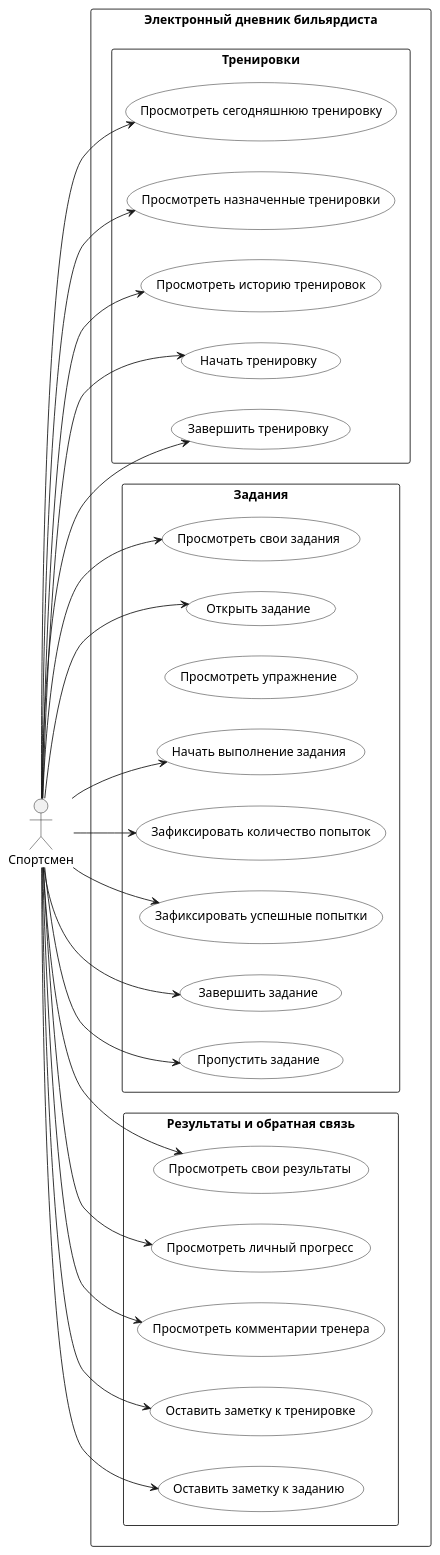
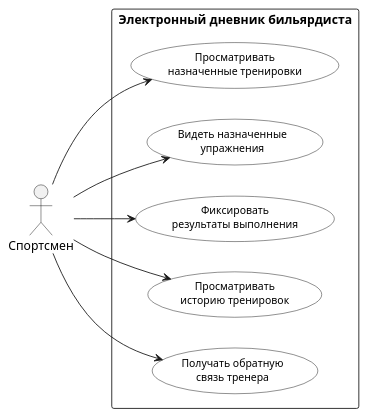
Before and after one commit to Rumuantsev/billiard-diary-documentation: the diagram in docs/diagrams/useCases/useCaseSportsmen.wsd, drawn with PlantUML. The commit also changed 12 other files, not shown here.

```diff
--- a/docs/diagrams/useCases/useCaseSportsmen.wsd
+++ b/docs/diagrams/useCases/useCaseSportsmen.wsd
@@ -1,62 +1,30 @@
 @startuml
 left to right direction
 
-skinparam packageStyle rectangle
+skinparam shadowing false
 skinparam usecase {
   BackgroundColor White
   BorderColor Black
+  FontSize 12
 }
 skinparam actor {
   BorderColor Black
 }
 
 actor "Спортсмен" as athlete
 
 rectangle "Электронный дневник бильярдиста" {
-  package "Тренировки" {
-    usecase "Просмотреть сегодняшнюю тренировку" as UC_ATHLETE_TODAY
-    usecase "Просмотреть назначенные тренировки" as UC_ATHLETE_VIEW_TRAININGS
-    usecase "Просмотреть историю тренировок" as UC_ATHLETE_HISTORY
-    usecase "Начать тренировку" as UC_ATHLETE_START_TRAINING
-    usecase "Завершить тренировку" as UC_ATHLETE_FINISH_TRAINING
-  }
-
-  package "Задания" {
-    usecase "Просмотреть свои задания" as UC_ATHLETE_VIEW_ITEMS
-    usecase "Открыть задание" as UC_ATHLETE_OPEN_ITEM
-    usecase "Просмотреть упражнение" as UC_ATHLETE_VIEW_EXERCISE
-    usecase "Начать выполнение задания" as UC_ATHLETE_START_ITEM
-    usecase "Зафиксировать количество попыток" as UC_ATHLETE_SET_ATTEMPTS
-    usecase "Зафиксировать успешные попытки" as UC_ATHLETE_SET_SUCCESSES
-    usecase "Завершить задание" as UC_ATHLETE_COMPLETE_ITEM
-    usecase "Пропустить задание" as UC_ATHLETE_SKIP_ITEM
-  }
-
-  package "Результаты и обратная связь" {
-    usecase "Просмотреть свои результаты" as UC_ATHLETE_VIEW_RESULTS
-    usecase "Просмотреть личный прогресс" as UC_ATHLETE_VIEW_PROGRESS
-    usecase "Просмотреть комментарии тренера" as UC_ATHLETE_VIEW_COMMENTS
-    usecase "Оставить заметку к тренировке" as UC_ATHLETE_NOTE_TRAINING
-    usecase "Оставить заметку к заданию" as UC_ATHLETE_NOTE_ITEM
-  }
+  usecase "Просматривать\nназначенные тренировки" as UC_VIEW_TRAININGS
+  usecase "Видеть назначенные\nупражнения" as UC_VIEW_EXERCISES
+  usecase "Фиксировать\nрезультаты выполнения" as UC_RECORD_RESULTS
+  usecase "Просматривать\nисторию тренировок" as UC_VIEW_HISTORY
+  usecase "Получать обратную\nсвязь тренера" as UC_VIEW_FEEDBACK
 }
 
-athlete --> UC_ATHLETE_TODAY
-athlete --> UC_ATHLETE_VIEW_TRAININGS
-athlete --> UC_ATHLETE_HISTORY
-athlete --> UC_ATHLETE_START_TRAINING
-athlete --> UC_ATHLETE_FINISH_TRAINING
-athlete --> UC_ATHLETE_VIEW_ITEMS
-athlete --> UC_ATHLETE_OPEN_ITEM
-athlete --> UC_ATHLETE_START_ITEM
-athlete --> UC_ATHLETE_SET_ATTEMPTS
-athlete --> UC_ATHLETE_SET_SUCCESSES
-athlete --> UC_ATHLETE_COMPLETE_ITEM
-athlete --> UC_ATHLETE_SKIP_ITEM
-athlete --> UC_ATHLETE_VIEW_RESULTS
-athlete --> UC_ATHLETE_VIEW_PROGRESS
-athlete --> UC_ATHLETE_VIEW_COMMENTS
-athlete --> UC_ATHLETE_NOTE_TRAINING
-athlete --> UC_ATHLETE_NOTE_ITEM
+athlete --> UC_VIEW_TRAININGS
+athlete --> UC_VIEW_EXERCISES
+athlete --> UC_RECORD_RESULTS
+athlete --> UC_VIEW_HISTORY
+athlete --> UC_VIEW_FEEDBACK
 
 @enduml
```
